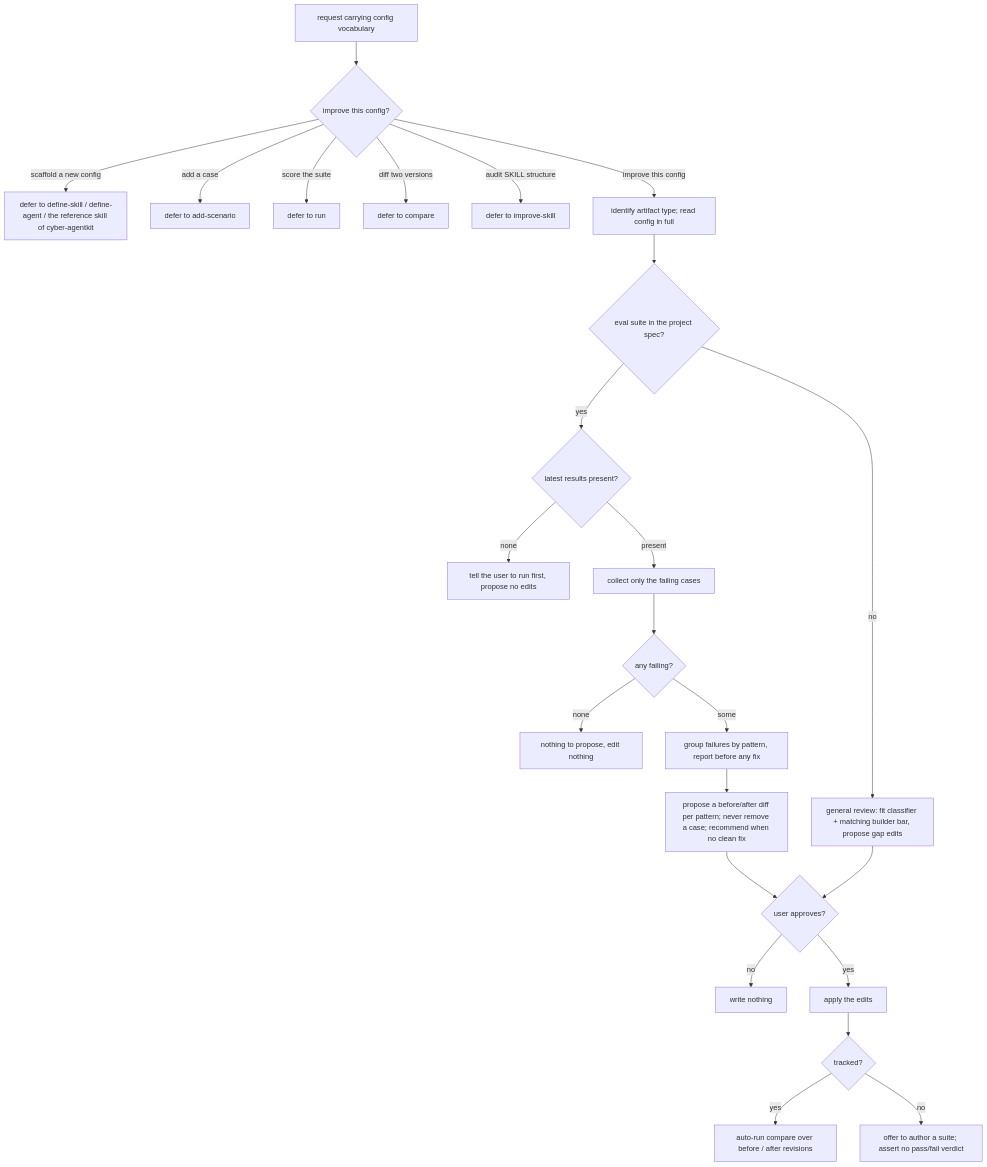
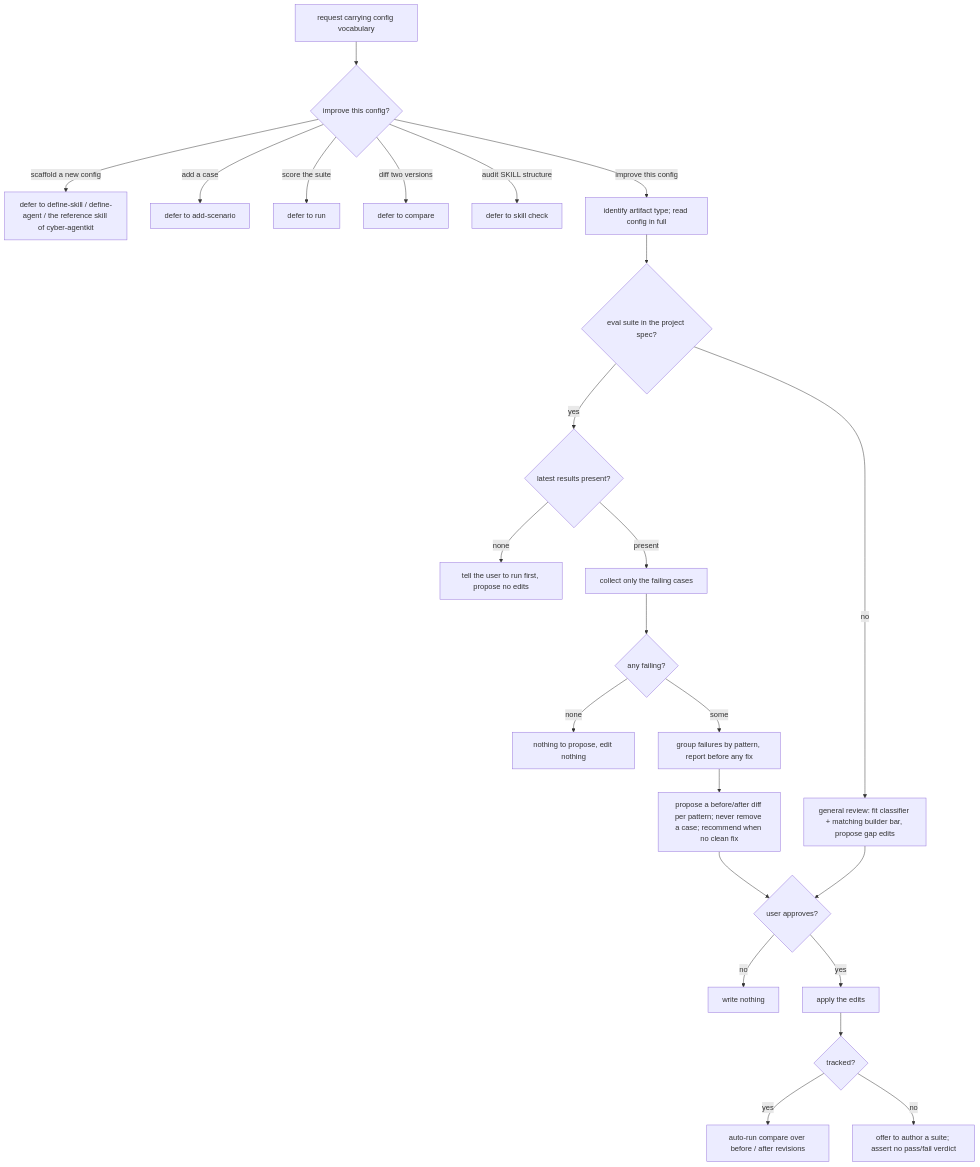
One commit to cyberuni/cyber-sdd changed the diagram in .agents/specs/aced/suite-authoring/improve/README.md. Above: the diagram before and after it, drawn with Mermaid. The commit also changed other lines of this file and 41 other files, not shown here.

First line of the commit message:
feat(aced)!: retire improve-skill for /cyber-agentkit:skill check

````diff
--- a/.agents/specs/aced/suite-authoring/improve/README.md
+++ b/.agents/specs/aced/suite-authoring/improve/README.md
@@ -39,30 +39,30 @@
 ```mermaid
 flowchart TD
   req[request carrying config vocabulary] --> route{improve this config?}
   route -- scaffold a new config --> define[defer to define-skill / define-agent / the reference skill of cyber-agentkit]
   route -- add a case --> add[defer to add-scenario]
   route -- score the suite --> run[defer to run]
   route -- diff two versions --> compare[defer to compare]
-  route -- audit SKILL structure --> impskill[defer to improve-skill]
+  route -- audit SKILL structure --> impskill[defer to skill check]
   route -- improve this config --> locate[identify artifact type; read config in full]
 
   locate --> tracked{eval suite in the project spec?}
 
   tracked -- yes --> results{latest results present?}
   results -- none --> pointrun[tell the user to run first, propose no edits]
   results -- present --> collect[collect only the failing cases]
   collect --> nofail{any failing?}
   nofail -- none --> nothing[nothing to propose, edit nothing]
   nofail -- some --> group[group failures by pattern, report before any fix]
   group --> propose[propose a before/after diff per pattern; never remove a case; recommend when no clean fix]
 
   tracked -- no --> review[general review: fit classifier + matching builder bar, propose gap edits]
 
   propose --> confirm{user approves?}
   review --> confirm
   confirm -- no --> hold[write nothing]
   confirm -- yes --> apply[apply the edits]
   apply --> verify{tracked?}
   verify -- yes --> autocompare[auto-run compare over before / after revisions]
   verify -- no --> offer[offer to author a suite; assert no pass/fail verdict]
 ```
````
